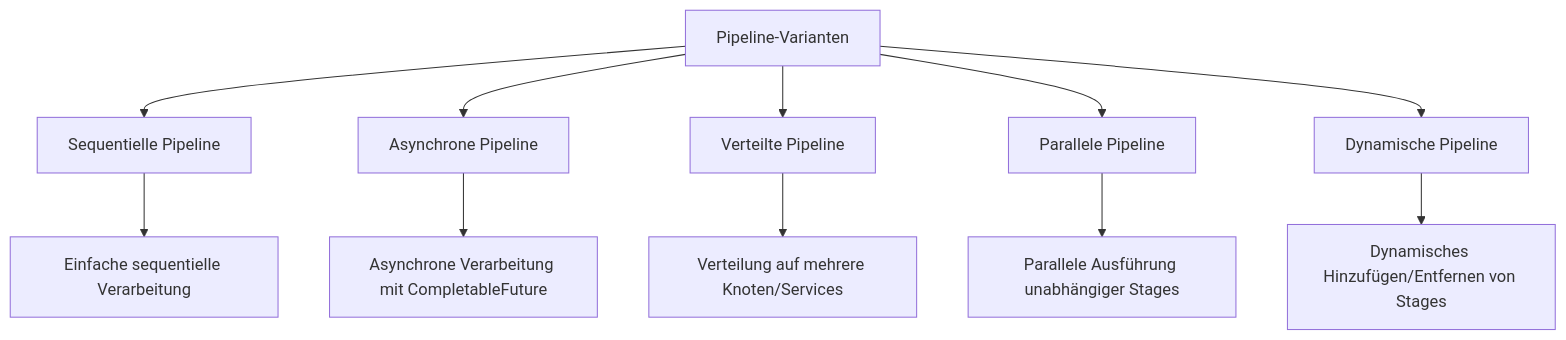
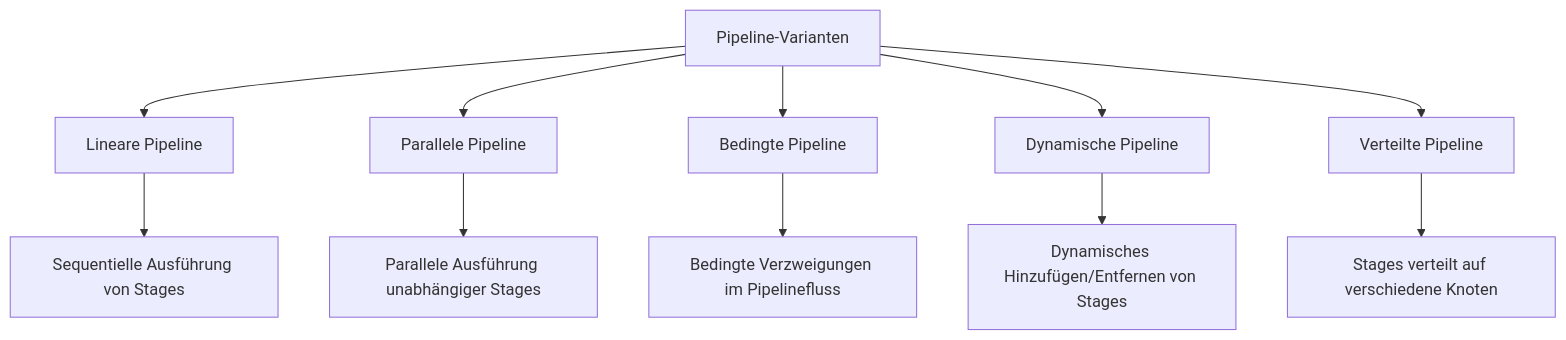
The tenth of 13 diagrams in Pipeline/docs/IMPLEMENTATION_GUIDE.md (scimbe/VS_Pattern_By_KI), drawn with Mermaid before and after one commit. The commit also changed other lines of this file and 19 other files, not shown here.

````diff
--- a/Pipeline/docs/IMPLEMENTATION_GUIDE.md
+++ b/Pipeline/docs/IMPLEMENTATION_GUIDE.md
@@ -150,14 +168,14 @@
 ```mermaid
 graph TD
-    A[Pipeline-Varianten] --> B[Sequentielle Pipeline]
-    A --> C[Asynchrone Pipeline]
-    A --> D[Verteilte Pipeline]
-    A --> E[Parallele Pipeline]
-    A --> F[Dynamische Pipeline]
+    A[Pipeline-Varianten] --> B[Lineare Pipeline]
+    A --> C[Parallele Pipeline]
+    A --> D[Bedingte Pipeline]
+    A --> E[Dynamische Pipeline]
+    A --> F[Verteilte Pipeline]
     
-    B --> B1[Einfache sequentielle Verarbeitung]
-    C --> C1[Asynchrone Verarbeitung mit CompletableFuture]
-    D --> D1[Verteilung auf mehrere Knoten/Services]
-    E --> E1[Parallele Ausführung unabhängiger Stages]
-    F --> F1[Dynamisches Hinzufügen/Entfernen von Stages]
+    B --> B1[Sequentielle Ausführung von Stages]
+    C --> C1[Parallele Ausführung unabhängiger Stages]
+    D --> D1[Bedingte Verzweigungen im Pipelinefluss]
+    E --> E1[Dynamisches Hinzufügen/Entfernen von Stages]
+    F --> F1[Stages verteilt auf verschiedene Knoten]
 ```
````
